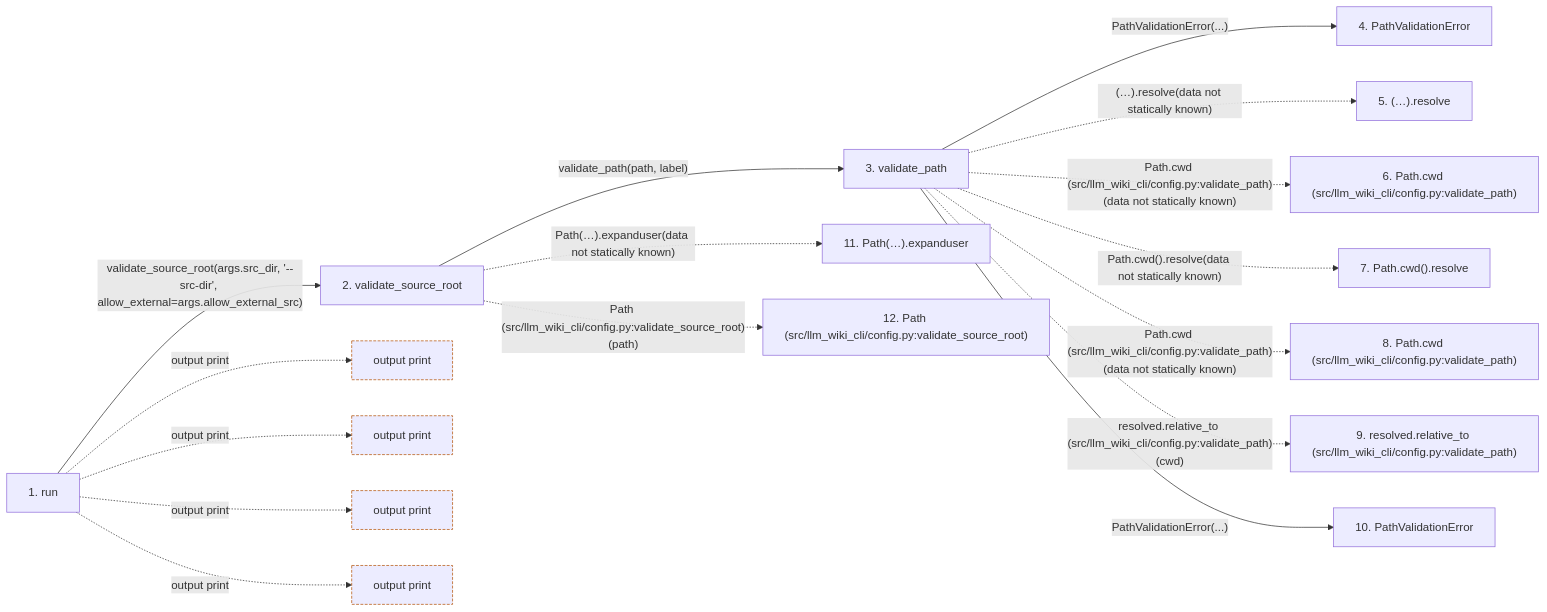
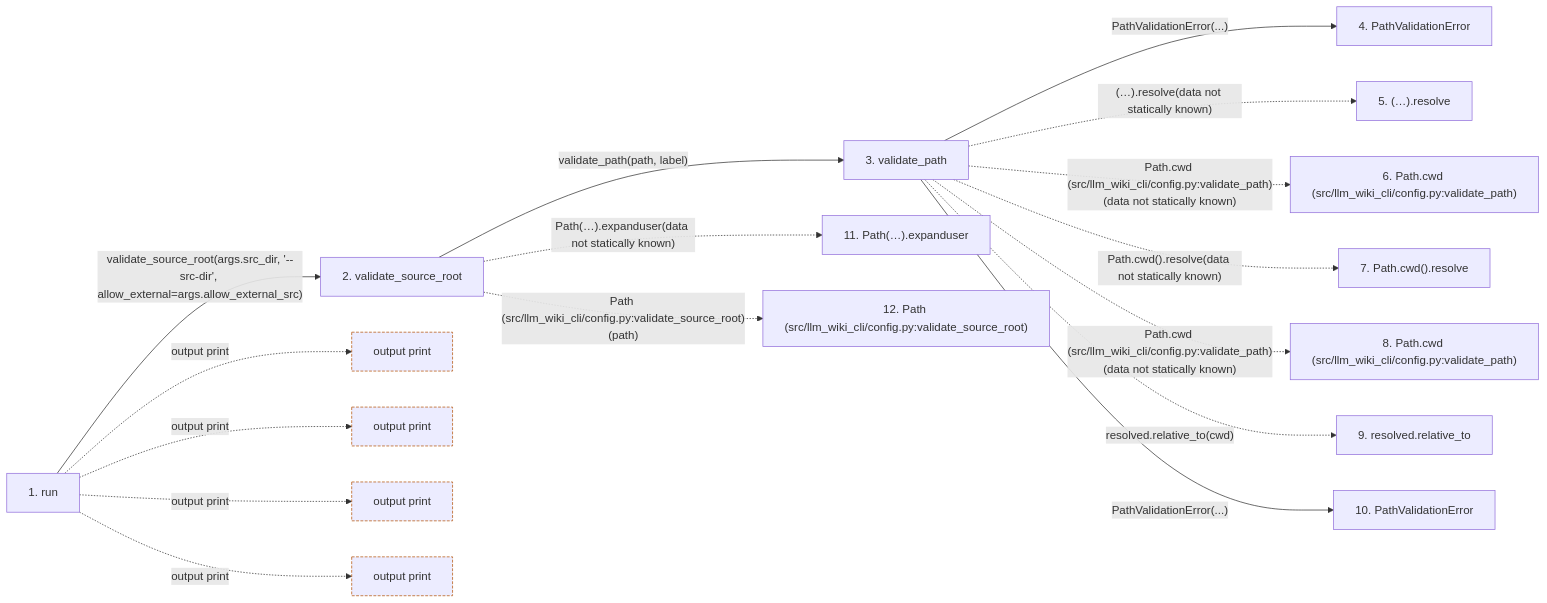
One commit to Denissvgn/python-wiki-llm changed the second of 2 diagrams in docs/llm_wiki/flows/cli-search.md. Above: the diagram before and after it, drawn with Mermaid. The commit also changed other lines of this file and 1410 other files, not shown here.

````diff
--- a/docs/llm_wiki/flows/cli-search.md
+++ b/docs/llm_wiki/flows/cli-search.md
@@ -96,44 +89,44 @@
 ```mermaid
 flowchart LR
     s1["1. run"]
     s2["2. validate_source_root"]
     s3["3. validate_path"]
     s4["4. PathValidationError"]
     s5["5. (…).resolve"]
     s6["6. Path.cwd (src/llm_wiki_cli/config.py:validate_path)"]
     s7["7. Path.cwd().resolve"]
     s8["8. Path.cwd (src/llm_wiki_cli/config.py:validate_path)"]
-    s9["9. resolved.relative_to (src/llm_wiki_cli/config.py:validate_path)"]
+    s9["9. resolved.relative_to"]
     s10["10. PathValidationError"]
     s11["11. Path(…).expanduser"]
     s12["12. Path (src/llm_wiki_cli/config.py:validate_source_root)"]
     s1 -->|"validate_source_root(args.src_dir, '--src-dir', allow_external=args.allow_external_src)"| s2
     s2 -->|"validate_path(path, label)"| s3
     s3 -->|"PathValidationError(...)"| s4
     s3 -. "(…).resolve(data not statically known)" .-> s5
     s3 -. "Path.cwd (src/llm_wiki_cli/config.py:validate_path)(data not statically known)" .-> s6
     s3 -. "Path.cwd().resolve(data not statically known)" .-> s7
     s3 -. "Path.cwd (src/llm_wiki_cli/config.py:validate_path)(data not statically known)" .-> s8
-    s3 -. "resolved.relative_to (src/llm_wiki_cli/config.py:validate_path)(cwd)" .-> s9
+    s3 -. "resolved.relative_to(cwd)" .-> s9
     s3 -->|"PathValidationError(...)"| s10
     s2 -. "Path(…).expanduser(data not statically known)" .-> s11
     s2 -. "Path (src/llm_wiki_cli/config.py:validate_source_root)(path)" .-> s12
     b0["output print"]
     s1 -. "output print" .-> b0
     b1["output print"]
     s1 -. "output print" .-> b1
     b2["output print"]
     s1 -. "output print" .-> b2
     b3["output print"]
     s1 -. "output print" .-> b3
     click s1 "../modules/search_cmd.md"
     click s2 "../modules/config.md"
     click s3 "../modules/config.md"
     click s4 "../modules/config.md"
     click s10 "../modules/config.md"
     classDef boundary stroke:#b45309,stroke-dasharray: 4 2
     class b0 boundary
     class b1 boundary
     class b2 boundary
     class b3 boundary
 ```
````
